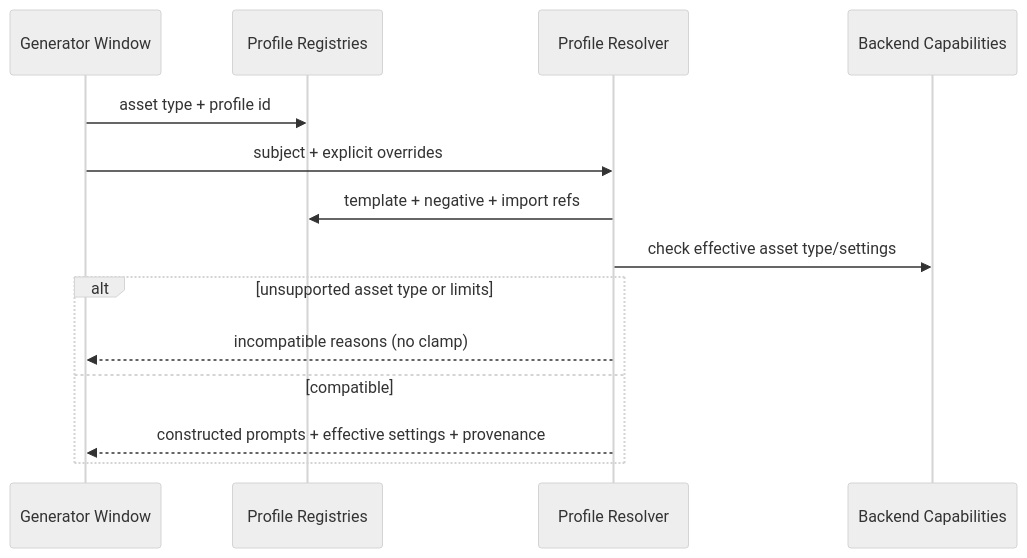
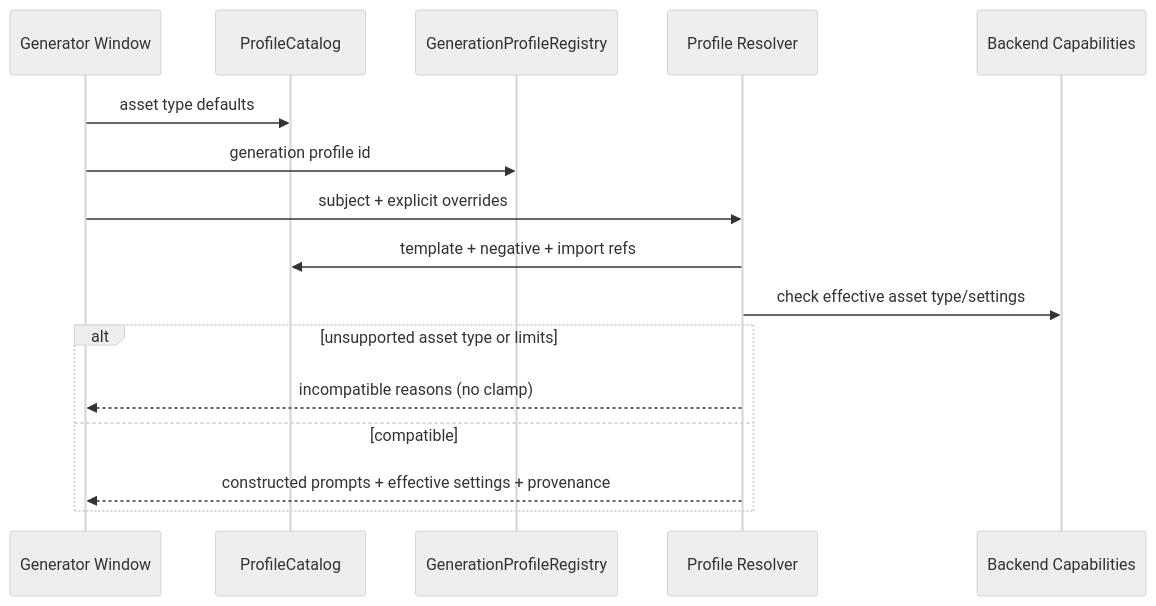
The second of 10 diagrams in ARCHITECTURE.md (skepticworks/Unity-AI-Asset-Generator), drawn with Mermaid (neutral theme) before and after one commit. The commit also changed other lines of this file and 40 other files, not shown here.

First line of the commit message:
Consolidate architecture for Milestone 4.5 without changing product behavior.

````diff
--- a/ARCHITECTURE.md
+++ b/ARCHITECTURE.md
@@ -66,16 +68,18 @@
 ```mermaid
 sequenceDiagram
   participant UI as Generator Window
-  participant Reg as Profile Registries
+  participant Cat as ProfileCatalog
+  participant Reg as GenerationProfileRegistry
   participant Res as Profile Resolver
   participant Caps as Backend Capabilities
-  UI->>Reg: asset type + profile id
+  UI->>Cat: asset type defaults
+  UI->>Reg: generation profile id
   UI->>Res: subject + explicit overrides
-  Res->>Reg: template + negative + import refs
+  Res->>Cat: template + negative + import refs
   Res->>Caps: check effective asset type/settings
   alt unsupported asset type or limits
     Res-->>UI: incompatible reasons (no clamp)
   else compatible
     Res-->>UI: constructed prompts + effective settings + provenance
   end
 ```
````
